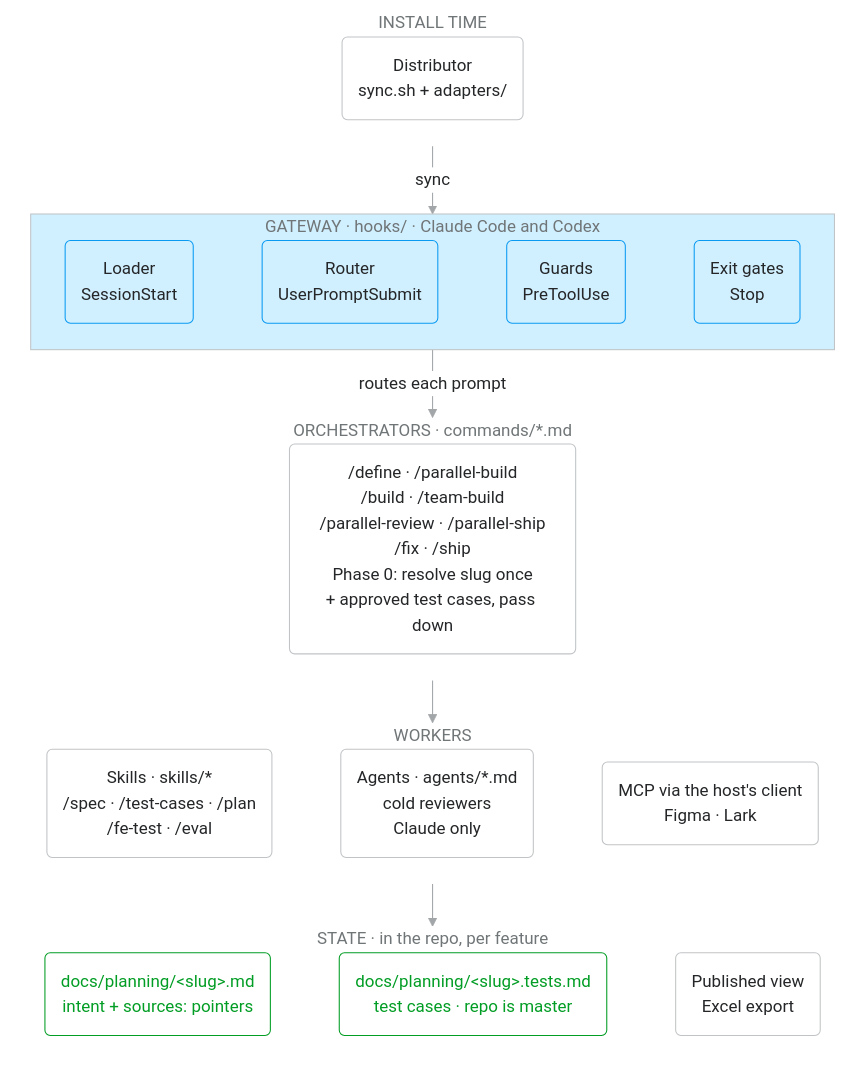
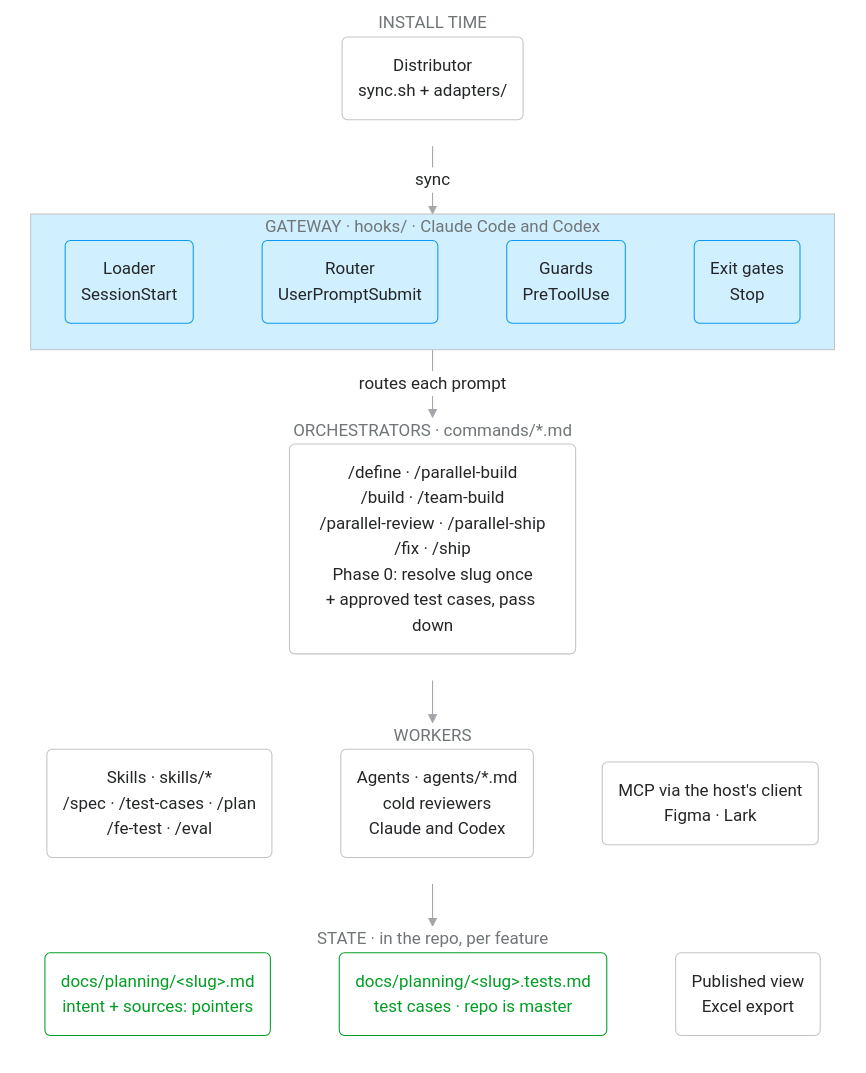
The second of 14 diagrams in README.md (raditia/CraftKit), drawn with Mermaid before and after one commit. The commit also changed other lines of this file and 29 other files, not shown here.

First line of the commit message:
feat: Codex-native agents and working-tree change scope, without Claude regressions

````diff
--- a/README.md
+++ b/README.md
@@ -250,59 +250,59 @@
 ```mermaid
 ---
 config:
   theme: base
   look: classic
   fontFamily: "-apple-system, BlinkMacSystemFont, Segoe UI, Helvetica, Arial, sans-serif"
   themeVariables:
     fontFamily: "-apple-system, BlinkMacSystemFont, Segoe UI, Helvetica, Arial, sans-serif"
     fontSize: 16px
     primaryColor: "#FFFFFF"
     primaryBorderColor: "#C1C4C6"
     primaryTextColor: "#242628"
     lineColor: "#A2A6A8"
     clusterBkg: "#F5FBFF"
     clusterBorder: "#F0F1F2"
     titleColor: "#707577"
     edgeLabelBackground: "#FFFFFF"
   flowchart:
     curve: basis
     wrappingWidth: 240
     nodeSpacing: 30
     rankSpacing: 40
 ---
 flowchart TB
     subgraph R1["INSTALL TIME"]
         D("Distributor<br/>sync.sh + adapters/")
     end
     subgraph GW["GATEWAY · hooks/ · Claude Code and Codex"]
         direction LR
         L("Loader<br/>SessionStart") ~~~ R("Router<br/>UserPromptSubmit") ~~~ G("Guards<br/>PreToolUse") ~~~ X("Exit gates<br/>Stop")
     end
     subgraph R3["ORCHESTRATORS · commands/*.md"]
         O("/define · /parallel-build<br/>/build · /team-build<br/>/parallel-review · /parallel-ship<br/>/fix · /ship<br/>Phase 0: resolve slug once<br/>+ approved test cases, pass down")
     end
     subgraph R4["WORKERS"]
         direction LR
-        S("Skills · skills/*<br/>/spec · /test-cases · /plan<br/>/fe-test · /eval") ~~~ A("Agents · agents/*.md<br/>cold reviewers<br/>Claude only") ~~~ M("MCP via the host's client<br/>Figma · Lark")
+        S("Skills · skills/*<br/>/spec · /test-cases · /plan<br/>/fe-test · /eval") ~~~ A("Agents · agents/*.md<br/>cold reviewers<br/>Claude and Codex") ~~~ M("MCP via the host's client<br/>Figma · Lark")
     end
     subgraph R5["STATE · in the repo, per feature"]
         direction LR
         ST1("docs/planning/&lt;slug&gt;.md<br/>intent + sources: pointers") ~~~ ST2("docs/planning/&lt;slug&gt;.tests.md<br/>test cases · repo is master") ~~~ V("Published view<br/>Excel export")
     end
     R1 -->|sync| GW
     GW -->|routes each prompt| R3
     R3 --> R4
     R4 --> R5
 
     classDef n fill:#FFFFFF,stroke:#C1C4C6,color:#242628
     classDef key fill:#D1F0FF,stroke:#0A9AF2,color:#242628
     classDef ok fill:#FFFFFF,stroke:#029D24,color:#029D24
     class D,O,S,A,M,V n
     class R,L,G,X key
     class ST1,ST2 ok
     style R1 fill:transparent,stroke:transparent
     style GW fill:#D1F0FF,stroke:#C1C4C6
     style R3 fill:transparent,stroke:transparent
     style R4 fill:transparent,stroke:transparent
     style R5 fill:transparent,stroke:transparent
 ```
````
